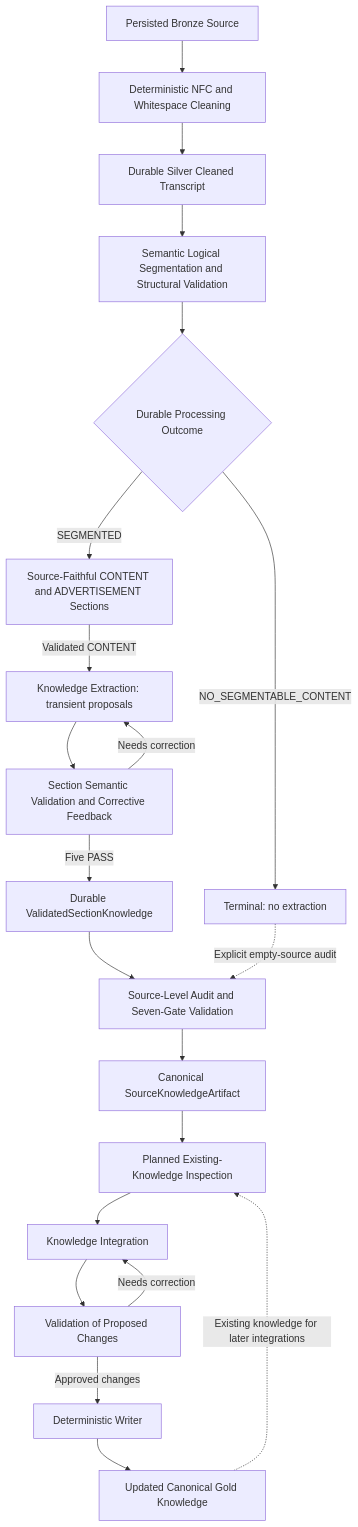
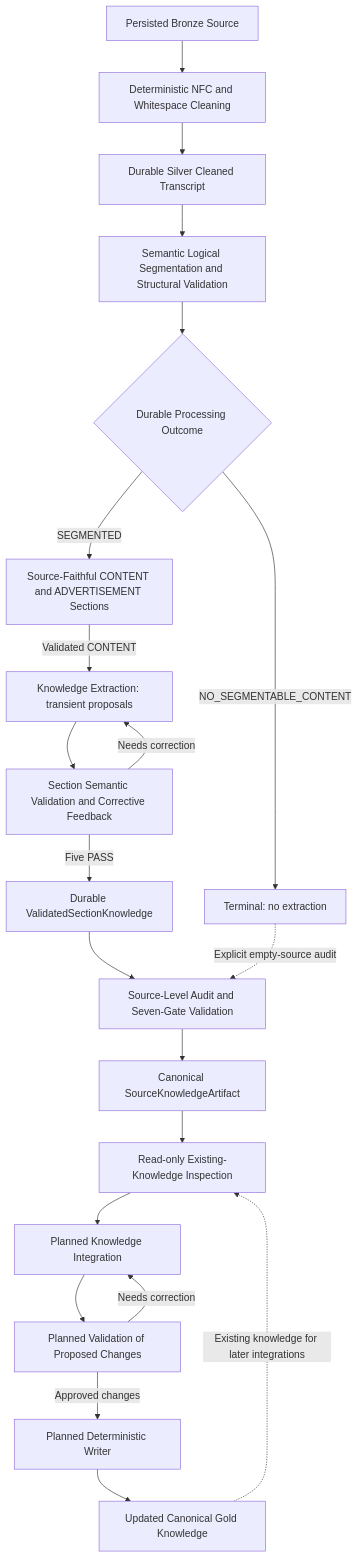
Before and after one commit to alexander-rewitzer/league-knowledge-platform: the second of 7 diagrams in docs/architecture.md, drawn with Mermaid. The commit also changed other lines of this file and 11 other files, not shown here.

Commit message:
Add read-only Gold inspection

````diff
--- a/docs/architecture.md
+++ b/docs/architecture.md
@@ -78,23 +78,23 @@
 ```mermaid
 flowchart TD
     S["Persisted Bronze Source"] --> B["Deterministic NFC and Whitespace Cleaning"]
     B --> SC["Durable Silver Cleaned Transcript"]
     SC --> LS["Semantic Logical Segmentation and Structural Validation"]
     LS --> SR{"Durable Processing Outcome"}
     SR -- SEGMENTED --> SS["Source-Faithful CONTENT and ADVERTISEMENT Sections"]
     SR -- NO_SEGMENTABLE_CONTENT --> NS["Terminal: no extraction"]
     SS -- "Validated CONTENT" --> E["Knowledge Extraction: transient proposals"]
     E --> V["Section Semantic Validation and Corrective Feedback"]
     V -- "Needs correction" --> E
     V -- "Five PASS" --> CP["Durable ValidatedSectionKnowledge"]
     CP --> AU["Source-Level Audit and Seven-Gate Validation"]
     AU --> SK["Canonical SourceKnowledgeArtifact"]
     NS -. "Explicit empty-source audit" .-> AU
-    SK --> K["Planned Existing-Knowledge Inspection"]
-    K --> I["Knowledge Integration"]
-    I --> A["Validation of Proposed Changes"]
+    SK --> K["Read-only Existing-Knowledge Inspection"]
+    K --> I["Planned Knowledge Integration"]
+    I --> A["Planned Validation of Proposed Changes"]
     A -- "Needs correction" --> I
-    A -- "Approved changes" --> W["Deterministic Writer"]
+    A -- "Approved changes" --> W["Planned Deterministic Writer"]
     W --> G["Updated Canonical Gold Knowledge"]
     G -. "Existing knowledge for later integrations" .-> K
 ```
````
